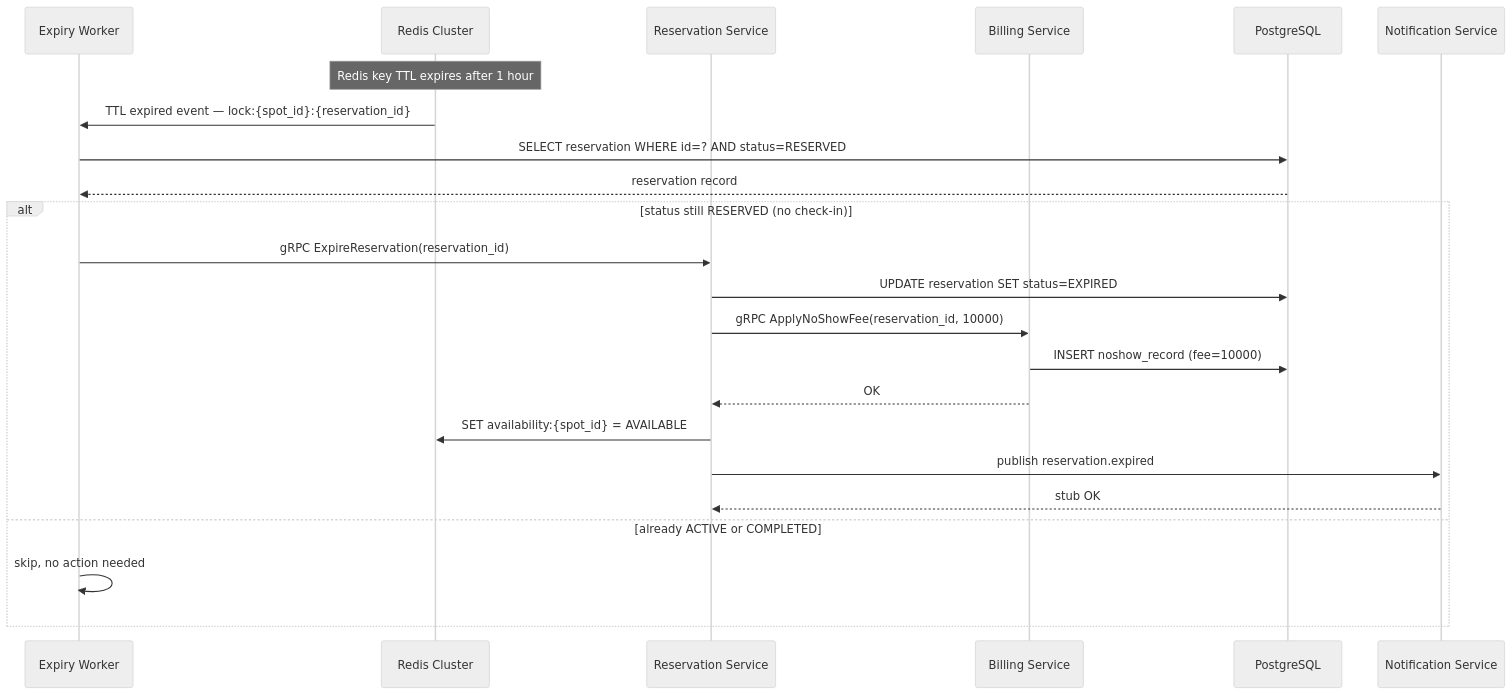
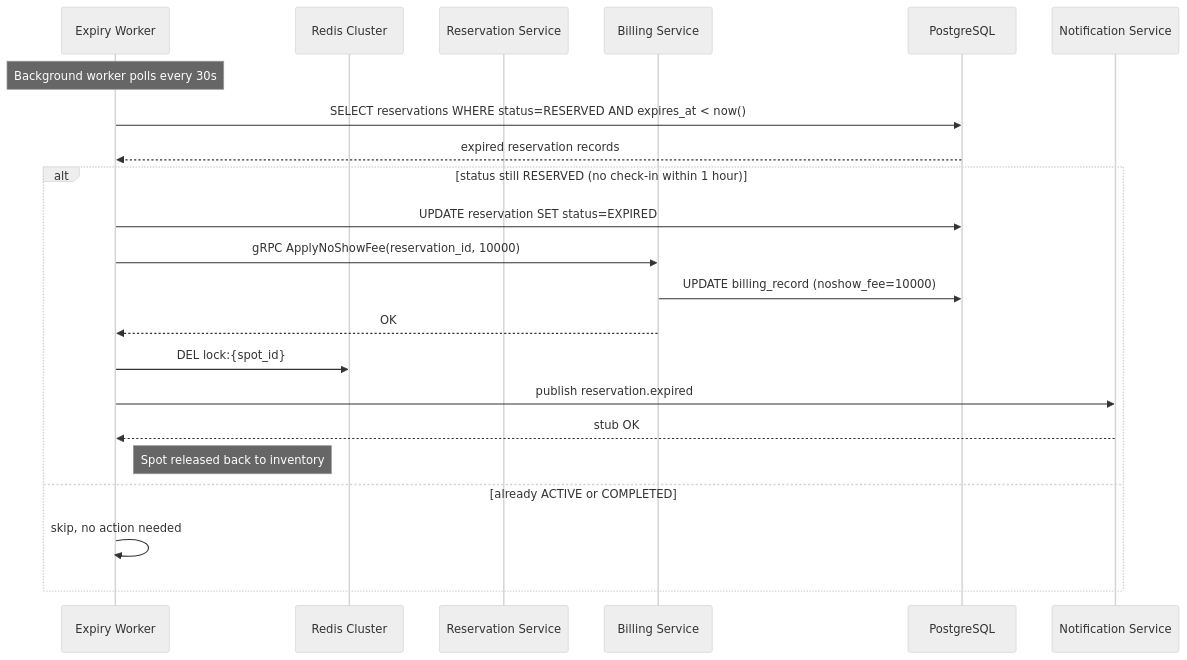
Before and after one commit to ParkirPintar/parkir-pintar-backend: diagram 18 of 23 in README.md, drawn with Mermaid (neutral theme). The commit also changed other lines of this file and 42 other files, not shown here.

````diff
--- a/README.md
+++ b/README.md
@@ -1253,28 +1232,26 @@
 ```mermaid
 sequenceDiagram
     participant Worker as Expiry Worker
     participant Redis as Redis Cluster
     participant Reservation as Reservation Service
     participant Billing as Billing Service
     participant DB as PostgreSQL
     participant Notif as Notification Service
 
-    note over Redis: Redis key TTL expires after 1 hour
-    Redis->>Worker: TTL expired event — lock:{spot_id}:{reservation_id}
+    note over Worker: Background worker polls every 30s
+    Worker->>DB: SELECT reservations WHERE status=RESERVED AND expires_at < now()
+    DB-->>Worker: expired reservation records
 
-    Worker->>DB: SELECT reservation WHERE id=? AND status=RESERVED
-    DB-->>Worker: reservation record
-
-    alt status still RESERVED (no check-in)
-        Worker->>Reservation: gRPC ExpireReservation(reservation_id)
-        Reservation->>DB: UPDATE reservation SET status=EXPIRED
-        Reservation->>Billing: gRPC ApplyNoShowFee(reservation_id, 10000)
-        Billing->>DB: INSERT noshow_record (fee=10000)
-        Billing-->>Reservation: OK
-        Reservation->>Redis: SET availability:{spot_id} = AVAILABLE
-        Reservation->>Notif: publish reservation.expired
-        Notif-->>Reservation: stub OK
+    alt status still RESERVED (no check-in within 1 hour)
+        Worker->>DB: UPDATE reservation SET status=EXPIRED
+        Worker->>Billing: gRPC ApplyNoShowFee(reservation_id, 10000)
+        Billing->>DB: UPDATE billing_record (noshow_fee=10000)
+        Billing-->>Worker: OK
+        Worker->>Redis: DEL lock:{spot_id}
+        Worker->>Notif: publish reservation.expired
+        Notif-->>Worker: stub OK
+        note right of Worker: Spot released back to inventory
     else already ACTIVE or COMPLETED
         Worker->>Worker: skip, no action needed
     end
 ```
````
